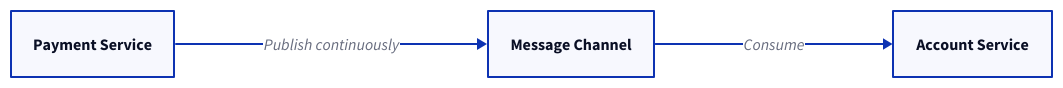
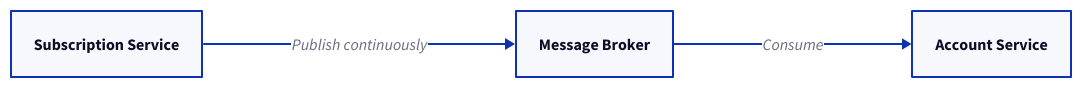
Before and after one commit to link1905/system-design-101: the tenth of 16 diagrams in content/docs/web-service/service-cluster.md, drawn with D2. The commit also changed other lines of this file and 49 other files, not shown here.

````diff
--- a/content/docs/web-service/service-cluster.md
+++ b/content/docs/web-service/service-cluster.md
@@ -286,14 +307,14 @@
 ```d2
 direction: right
-m: Message Channel {
+m: Message Broker {
    class: mq
 }
-a: Payment Service {
+a: Subscription Service {
    class: server
 }
 b: Account Service {
    class: generic-error
 }
 a -> m: Publish continuously
 b <- m: Consume
 ```
````
